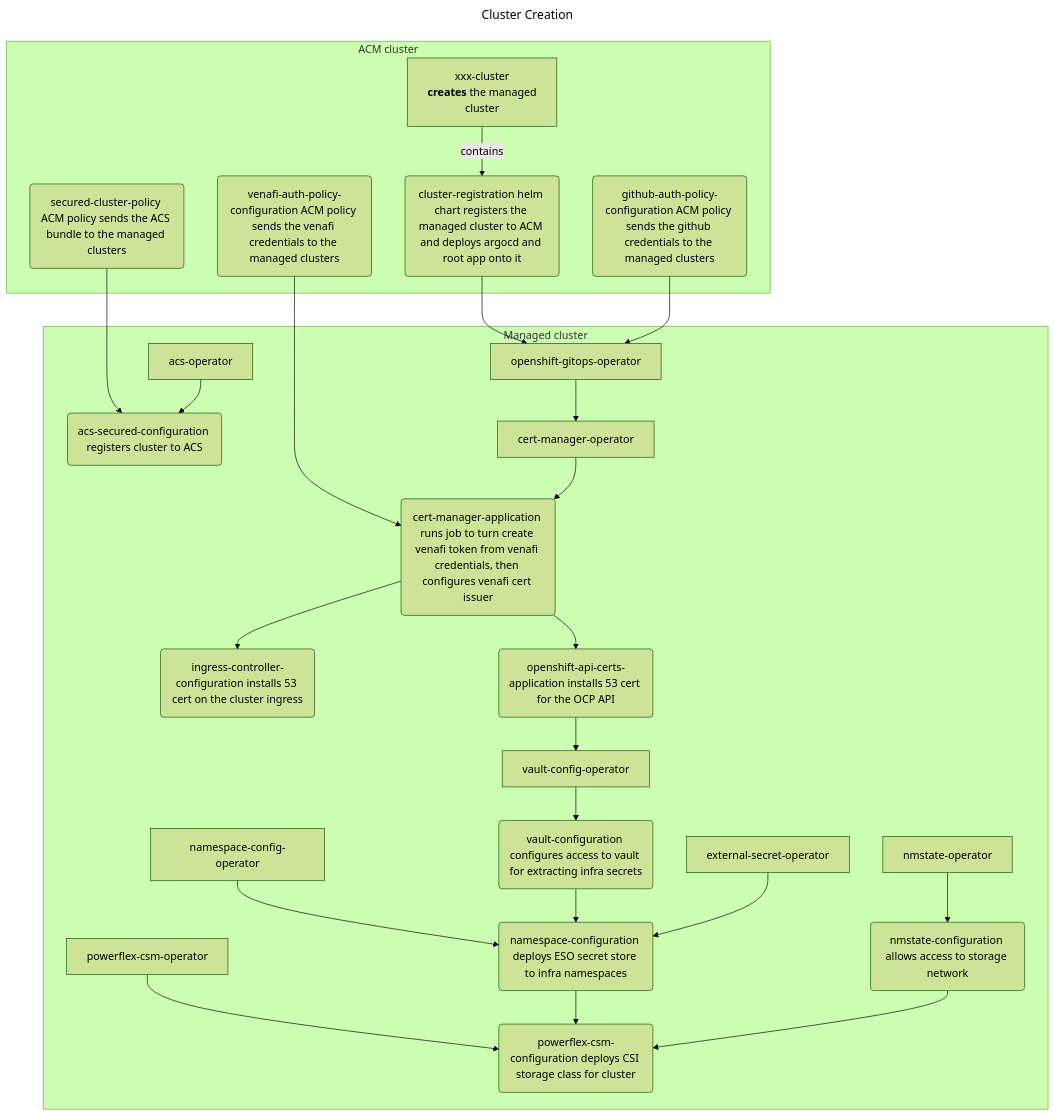
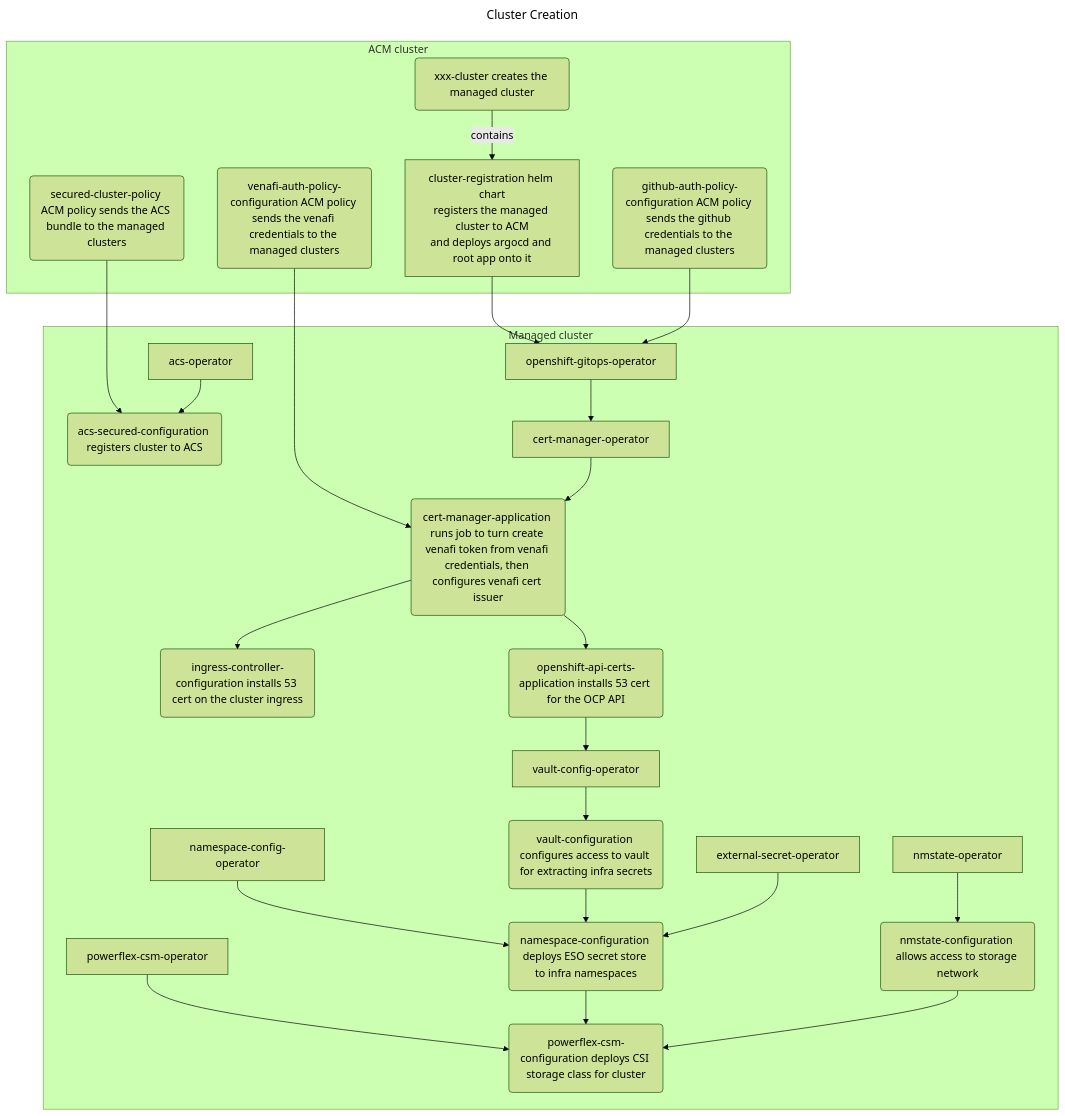
One commit to mmwillingham/acm changed the diagram in test-mermaid/test-mermaid.build.md. Above: the diagram before and after it, drawn with Mermaid (forest theme).

````diff
--- a/test-mermaid/test-mermaid.build.md
+++ b/test-mermaid/test-mermaid.build.md
@@ -2,44 +2,44 @@
 ```mermaid
 ---
 title: Cluster Creation
 ---
 flowchart TD
     venafi-auth-policy-configuration --> cert-manager-application
     cluster-registration --> openshift-gitops-operator
     github-auth-policy-configuration --> openshift-gitops-operator
     secured-cluster-policy --> acs-secured-configuration
 
   subgraph "ACM cluster"
-    xxx-cluster["`xxx-cluster
-**creates** the managed
-cluster`"] -- contains --> cluster-registration(cluster-registration helm chart registers the managed cluster to ACM and deploys argocd and root app onto it)
+    xxx-cluster(xxx-cluster creates the managed cluster) -- contains --> cluster-registration[cluster-registration helm chart
+registers the managed cluster to ACM
+and deploys argocd and root app onto it]
     venafi-auth-policy-configuration(venafi-auth-policy-configuration ACM policy sends the venafi credentials to the managed clusters)
     github-auth-policy-configuration(github-auth-policy-configuration ACM policy sends the github credentials to the managed clusters)
     secured-cluster-policy(secured-cluster-policy ACM policy sends the ACS bundle to the managed clusters)
   end
 
   subgraph "Managed cluster"
     openshift-gitops-operator --> cert-manager-operator
     cert-manager-operator --> cert-manager-application(cert-manager-application runs job to turn create venafi token from venafi credentials, then configures venafi cert issuer)
     cert-manager-application --> ingress-controller-configuration(ingress-controller-configuration installs 53 cert on the cluster ingress)
     cert-manager-application --> openshift-api-certs-application(openshift-api-certs-application installs 53 cert for the OCP API)
     openshift-api-certs-application --> vault-config-operator
     vault-config-operator --> vault-configuration(vault-configuration configures access to vault for extracting infra secrets)
     nmstate-operator --> nmstate-configuration(nmstate-configuration allows access to storage network)
     namespace-config-operator --> namespace-configuration(namespace-configuration deploys ESO secret store to infra namespaces)
     vault-configuration --> namespace-configuration
     external-secret-operator --> namespace-configuration
     powerflex-csm-operator --> powerflex-csm-configuration(powerflex-csm-configuration deploys CSI storage class for cluster)
     namespace-configuration --> powerflex-csm-configuration
     nmstate-configuration --> powerflex-csm-configuration
     acs-operator --> acs-secured-configuration(acs-secured-configuration registers cluster to ACS) 
   end
 
 
 
 
 
 
 
 
 ```
````
